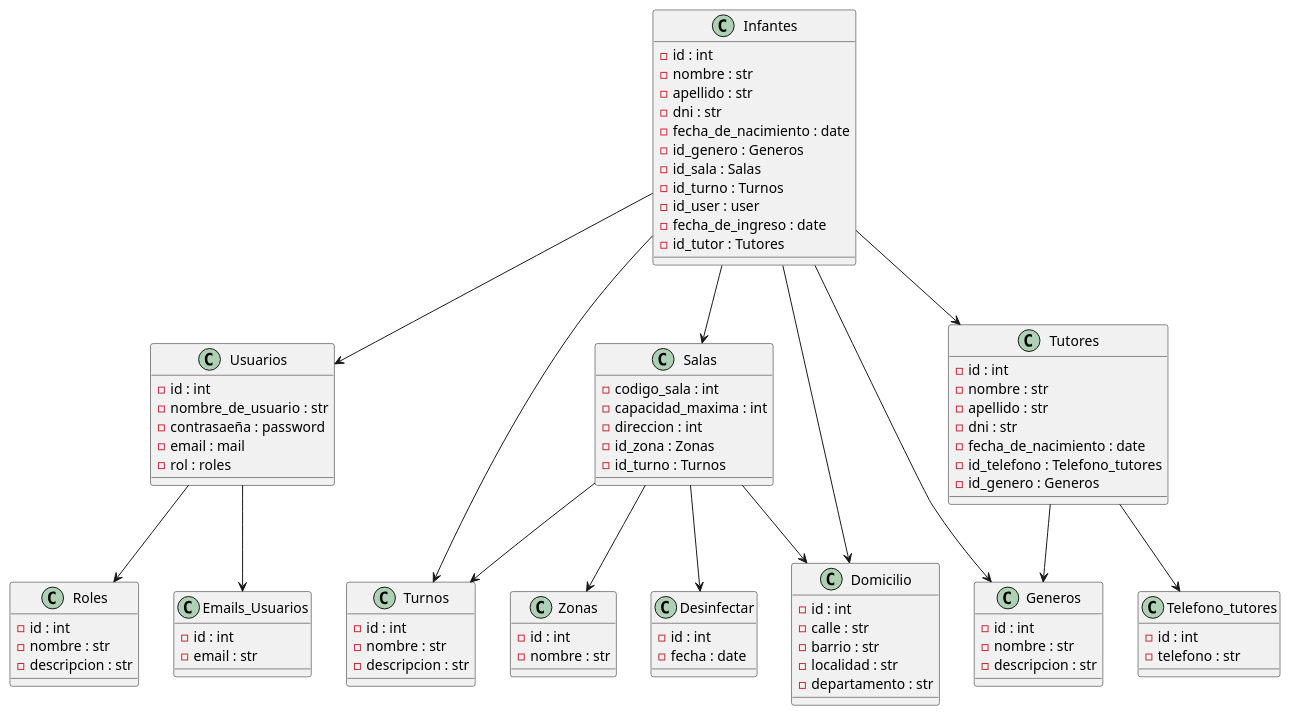
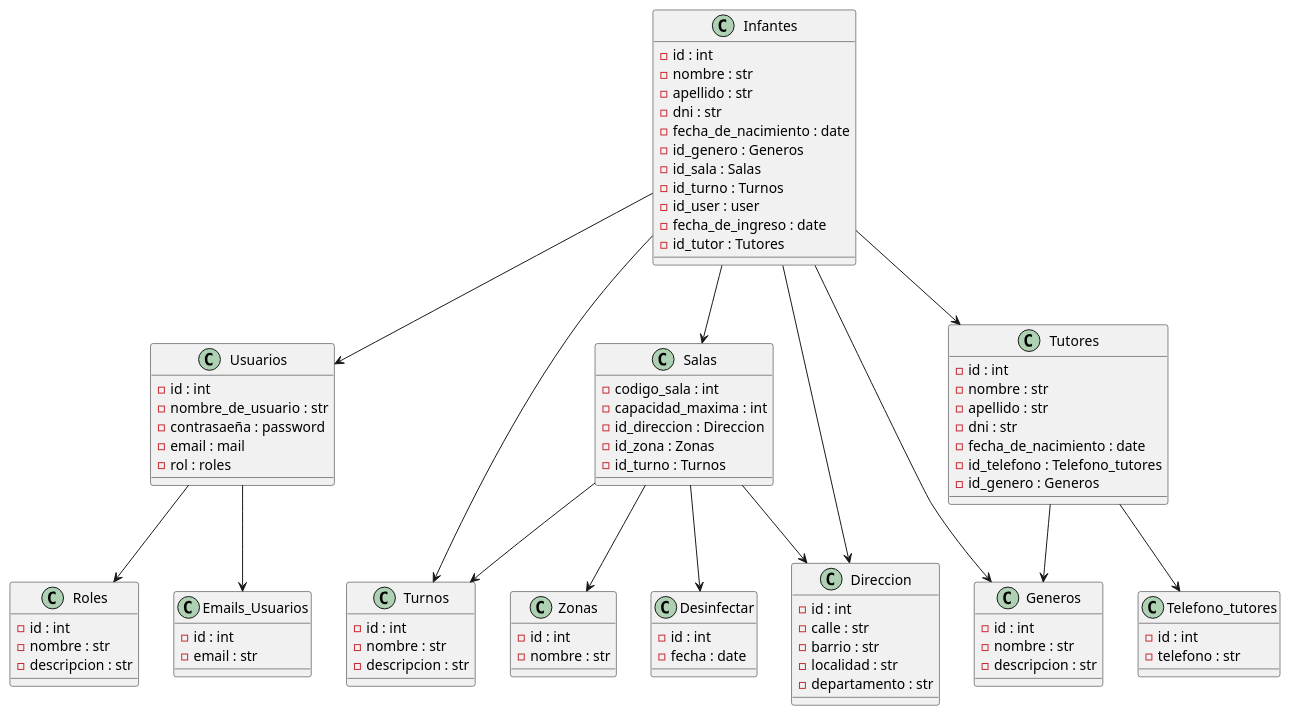
The diagram in Diagram.wsd (santiago6124/SalasCunaOLD), drawn with PlantUML before and after one commit.

Commit message:
Minor fix

```diff
--- a/Diagram.wsd
+++ b/Diagram.wsd
@@ -1,103 +1,103 @@
 @startuml test
 
 class Infantes {
     -id : int
     -nombre : str
     -apellido : str
     -dni : str
     -fecha_de_nacimiento : date
     -id_genero : Generos
     -id_sala : Salas
     -id_turno : Turnos
     -id_user : user
     -fecha_de_ingreso : date
     -id_tutor : Tutores
 }
 
 class Usuarios {
     -id : int
     -nombre_de_usuario : str
     -contrasaeña : password
     -email : mail
     -rol : roles
 }
 
 class Salas {
     -codigo_sala : int
     -capacidad_maxima : int
-    -direccion : int
+    -id_direccion : Direccion
     -id_zona : Zonas
     -id_turno : Turnos
 } 
 
 class Zonas {
     -id : int
     -nombre : str
 }
 
 class Tutores {
     -id : int
     -nombre : str
     -apellido : str
     -dni : str
     -fecha_de_nacimiento : date
     -id_telefono : Telefono_tutores
     -id_genero : Generos
 }
 
 class Turnos {
     -id : int
     -nombre : str
     -descripcion : str
 }
 
 class Generos {
     -id : int
     -nombre : str
     -descripcion : str
 }
 
 class Roles {
     -id : int
     -nombre : str
     -descripcion : str
 }
 
 class Telefono_tutores {
     -id : int
     -telefono : str
 }
 
 class Emails_Usuarios {
     -id : int
     -email : str
 }
 
 class Desinfectar {
     -id : int
     -fecha : date
 }
 
-class Domicilio {
+class Direccion {
     -id : int
     -calle : str
     -barrio : str
     -localidad : str
     -departamento : str
 }
 
 Infantes --> Salas
 Infantes --> Generos
 Infantes --> Tutores
 Infantes --> Turnos
 Infantes --> Usuarios
-Infantes --> Domicilio
+Infantes --> Direccion
 Tutores --> Telefono_tutores
 Usuarios --> Roles
 Usuarios --> Emails_Usuarios
 Salas --> Zonas
 Salas --> Desinfectar
 Salas --> Turnos
-Salas --> Domicilio
+Salas --> Direccion
 Tutores --> Generos
 @enduml
```
